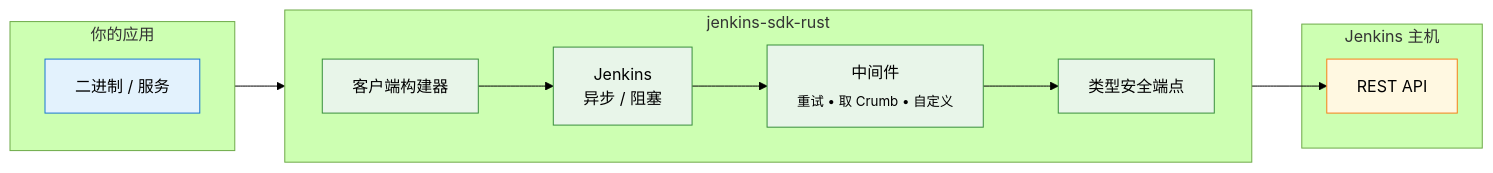
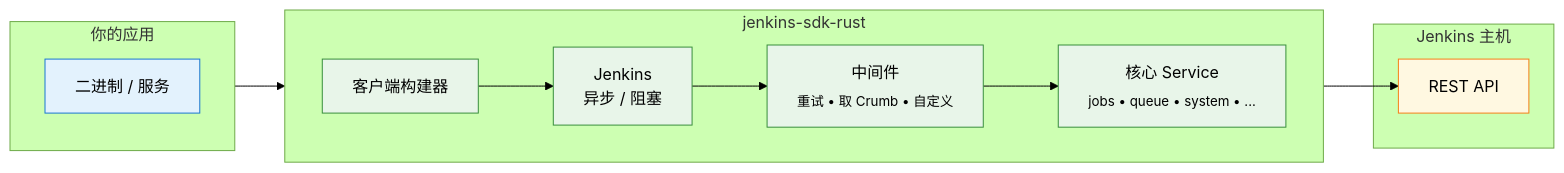
Before and after one commit to lvillis/jenkins-sdk-rust: the diagram in README.zh-CN.md, drawn with Mermaid (forest theme). The commit also changed other lines of this file and 61 other files, not shown here.

````diff
--- a/README.zh-CN.md
+++ b/README.zh-CN.md
@@ -53,32 +53,32 @@
 ```mermaid
 flowchart LR
 %% —— 你的应用 ——
     subgraph A["你的应用"]
         direction TB
         CLI["二进制 / 服务"]
     end
 
 %% —— SDK 核心 ——
     subgraph S["jenkins-sdk-rust"]
         direction LR
-        Builder["客户端构建器"] --> Client["Jenkins<br/>异步 / 阻塞"] --> Middleware["中间件<br/><sub>重试 • 取 Crumb • 自定义</sub>"] --> Endpoint["类型安全端点"]
+        Builder["客户端构建器"] --> Client["Jenkins<br/>异步 / 阻塞"] --> Middleware["中间件<br/><sub>重试 • 取 Crumb • 自定义</sub>"] --> Service["核心 Service<br/><sub>jobs • queue • system • ...</sub>"]
     end
 
 %% —— Jenkins 主机 ——
     subgraph J["Jenkins 主机"]
         API["REST API"]
     end
 
 %% —— 流向 ——
     CLI --> Builder
-    Endpoint --> API
+    Service --> API
 
 %% —— 样式 ——
     classDef app fill:#e3f2fd,stroke:#1976d2,stroke-width:1px;
     classDef sdk fill:#e8f5e9,stroke:#388e3c,stroke-width:1px;
     classDef server fill:#fff8e1,stroke:#f57f17,stroke-width:1px;
 
     class CLI app;
-    class Builder,Client,Middleware,Endpoint sdk;
+    class Builder,Client,Middleware,Service sdk;
     class API server;
 ```
````
